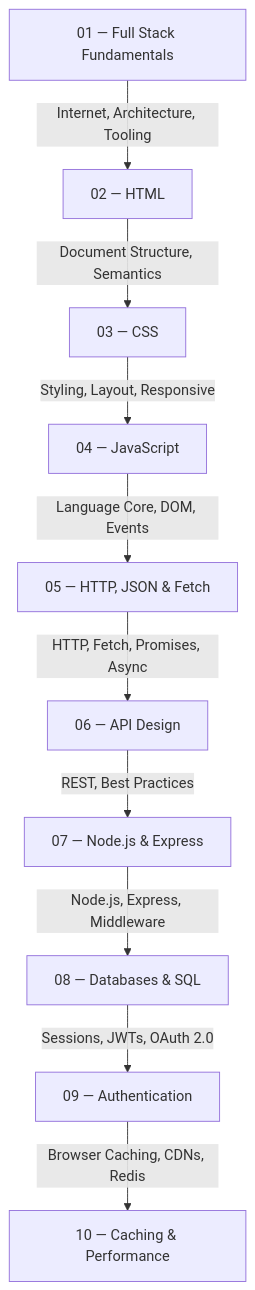
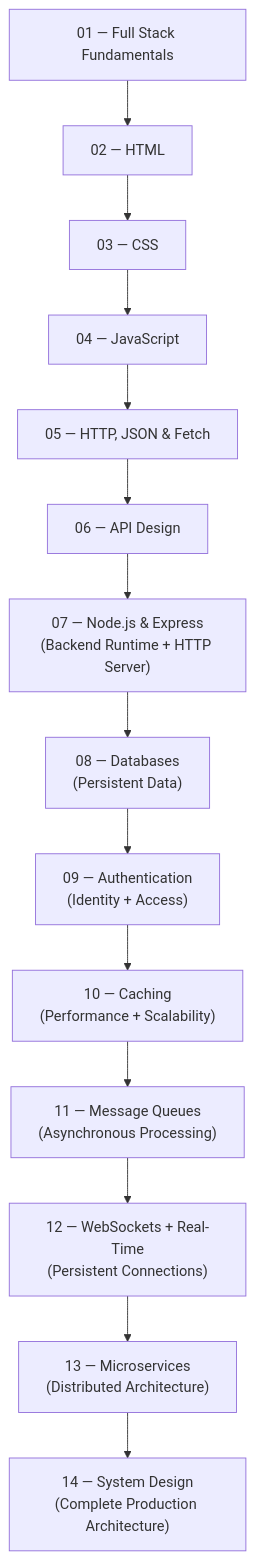
Before and after one commit to Enggvault/Full-stack: the diagram in README.md, drawn with Mermaid. The commit also changed other lines of this file and 9 other files, not shown here.

Commit message:
feat: add curriculum modules for message queues, websockets, microservices, and system design

````diff
--- a/README.md
+++ b/README.md
@@ -48,23 +45,19 @@
 ```mermaid
 graph TD
     A["01 — Full Stack Fundamentals"]
     B["02 — HTML"]
     C["03 — CSS"]
     D["04 — JavaScript"]
     E["05 — HTTP, JSON & Fetch"]
     F["06 — API Design"]
-    G["07 — Node.js & Express"]
-    H["08 — Databases & SQL"]
-    I["09 — Authentication"]
-    J["10 — Caching & Performance"]
-
-    A -->|"Internet, Architecture, Tooling"| B
-    B -->|"Document Structure, Semantics"| C
-    C -->|"Styling, Layout, Responsive"| D
-    D -->|"Language Core, DOM, Events"| E
-    E -->|"HTTP, Fetch, Promises, Async"| F
-    F -->|"REST, Best Practices"| G
-    G -->|"Node.js, Express, Middleware"| H
-    H -->|"Sessions, JWTs, OAuth 2.0"| I
-    I -->|"Browser Caching, CDNs, Redis"| J
+    
+    A --> B --> C --> D --> E --> F
+    F --> G["07 — Node.js & Express<br>(Backend Runtime + HTTP Server)"]
+    G --> H["08 — Databases<br>(Persistent Data)"]
+    H --> I["09 — Authentication<br>(Identity + Access)"]
+    I --> J["10 — Caching<br>(Performance + Scalability)"]
+    J --> K["11 — Message Queues<br>(Asynchronous Processing)"]
+    K --> L["12 — WebSockets + Real-Time<br>(Persistent Connections)"]
+    L --> M["13 — Microservices<br>(Distributed Architecture)"]
+    M --> N["14 — System Design<br>(Complete Production Architecture)"]
 ```
````
